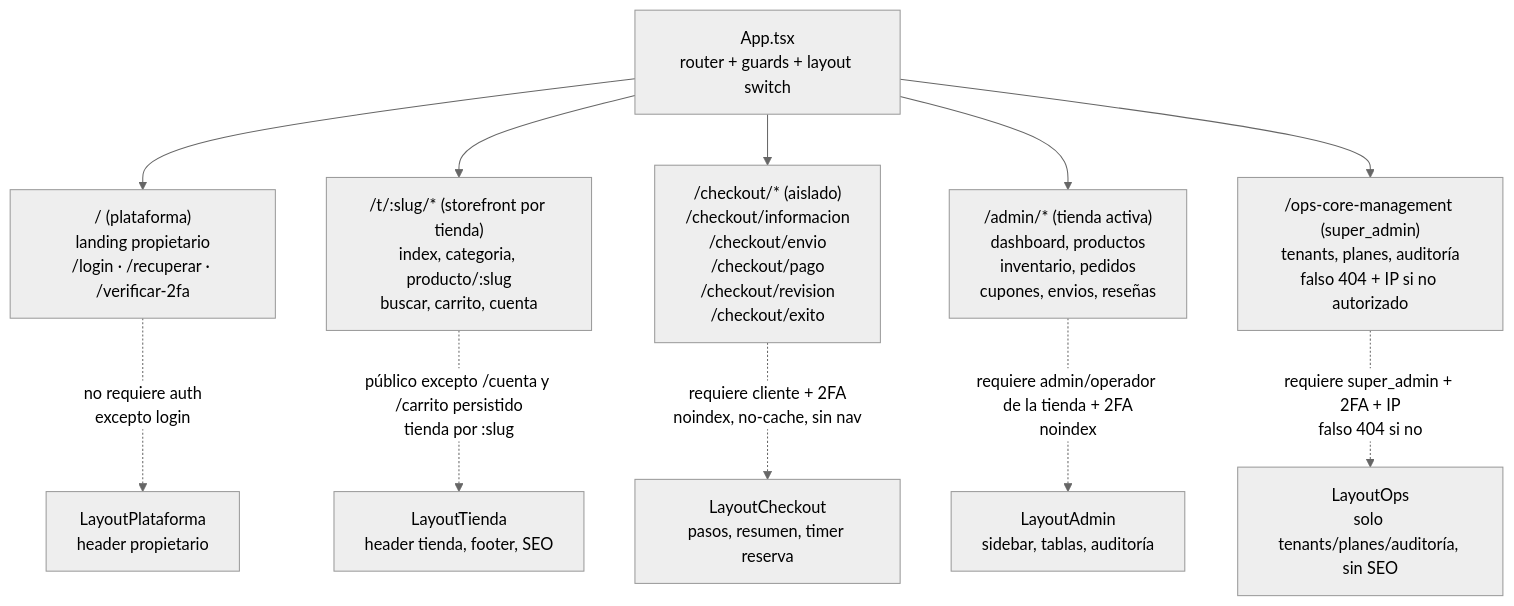
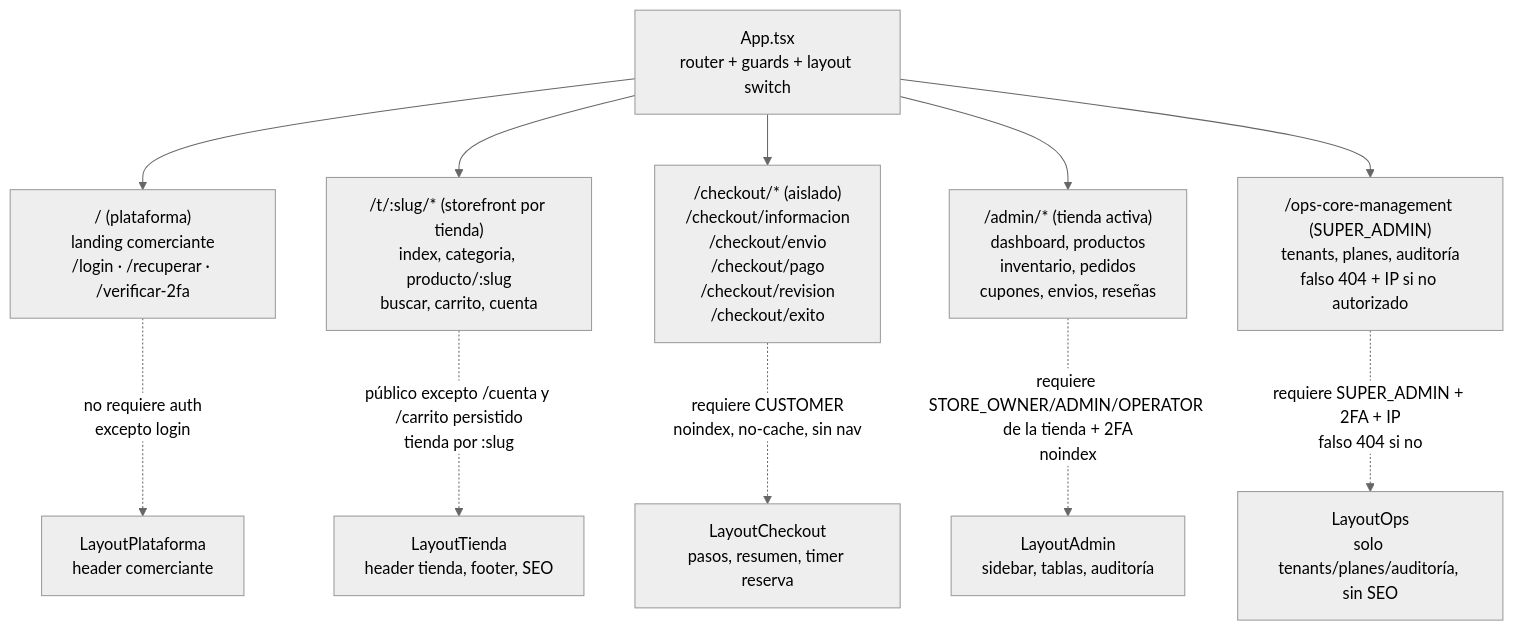
The second of 4 diagrams in diagramas/01-arquitectura-frontend.md (LeandroPacsiM/shopify-backend), drawn with Mermaid (neutral theme) before and after one commit. The commit also changed other lines of this file and 21 other files, not shown here.

First line of the commit message:
F0: terminologia canonica ADR-016 en docs y diagramas

````diff
--- a/diagramas/01-arquitectura-frontend.md
+++ b/diagramas/01-arquitectura-frontend.md
@@ -100,16 +100,16 @@
 ```mermaid
 flowchart TB
     APP["App.tsx<br/>router + guards + layout switch"]
 
-    APP --> PUB["/ (plataforma)<br/>landing propietario<br/>/login · /recuperar · /verificar-2fa"]
+    APP --> PUB["/ (plataforma)<br/>landing comerciante<br/>/login · /recuperar · /verificar-2fa"]
     APP --> TIENDA["/t/:slug/* (storefront por tienda)<br/>index, categoria, producto/:slug<br/>buscar, carrito, cuenta"]
     APP --> CK["/checkout/* (aislado)<br/>/checkout/informacion<br/>/checkout/envio<br/>/checkout/pago<br/>/checkout/revision<br/>/checkout/exito"]
     APP --> ADM["/admin/* (tienda activa)<br/>dashboard, productos<br/>inventario, pedidos<br/>cupones, envios, reseñas"]
-    APP --> OPS["/ops-core-management (super_admin)<br/>tenants, planes, auditoría<br/>falso 404 + IP si no autorizado"]
+    APP --> OPS["/ops-core-management (SUPER_ADMIN)<br/>tenants, planes, auditoría<br/>falso 404 + IP si no autorizado"]
 
-    PUB -.->|no requiere auth<br/>excepto login| G1["LayoutPlataforma<br/>header propietario"]
+    PUB -.->|no requiere auth<br/>excepto login| G1["LayoutPlataforma<br/>header comerciante"]
     TIENDA -.->|público excepto /cuenta y /carrito persistido<br/>tienda por :slug| G2["LayoutTienda<br/>header tienda, footer, SEO"]
-    CK -.->|requiere cliente + 2FA<br/>noindex, no-cache, sin nav| G3["LayoutCheckout<br/>pasos, resumen, timer reserva"]
-    ADM -.->|requiere admin/operador de la tienda + 2FA<br/>noindex| G4["LayoutAdmin<br/>sidebar, tablas, auditoría"]
-    OPS -.->|requiere super_admin + 2FA + IP<br/>falso 404 si no| G5["LayoutOps<br/>solo tenants/planes/auditoría, sin SEO"]
+    CK -.->|requiere CUSTOMER<br/>noindex, no-cache, sin nav| G3["LayoutCheckout<br/>pasos, resumen, timer reserva"]
+    ADM -.->|requiere STORE_OWNER/ADMIN/OPERATOR de la tienda + 2FA<br/>noindex| G4["LayoutAdmin<br/>sidebar, tablas, auditoría"]
+    OPS -.->|requiere SUPER_ADMIN + 2FA + IP<br/>falso 404 si no| G5["LayoutOps<br/>solo tenants/planes/auditoría, sin SEO"]
 ```
````
